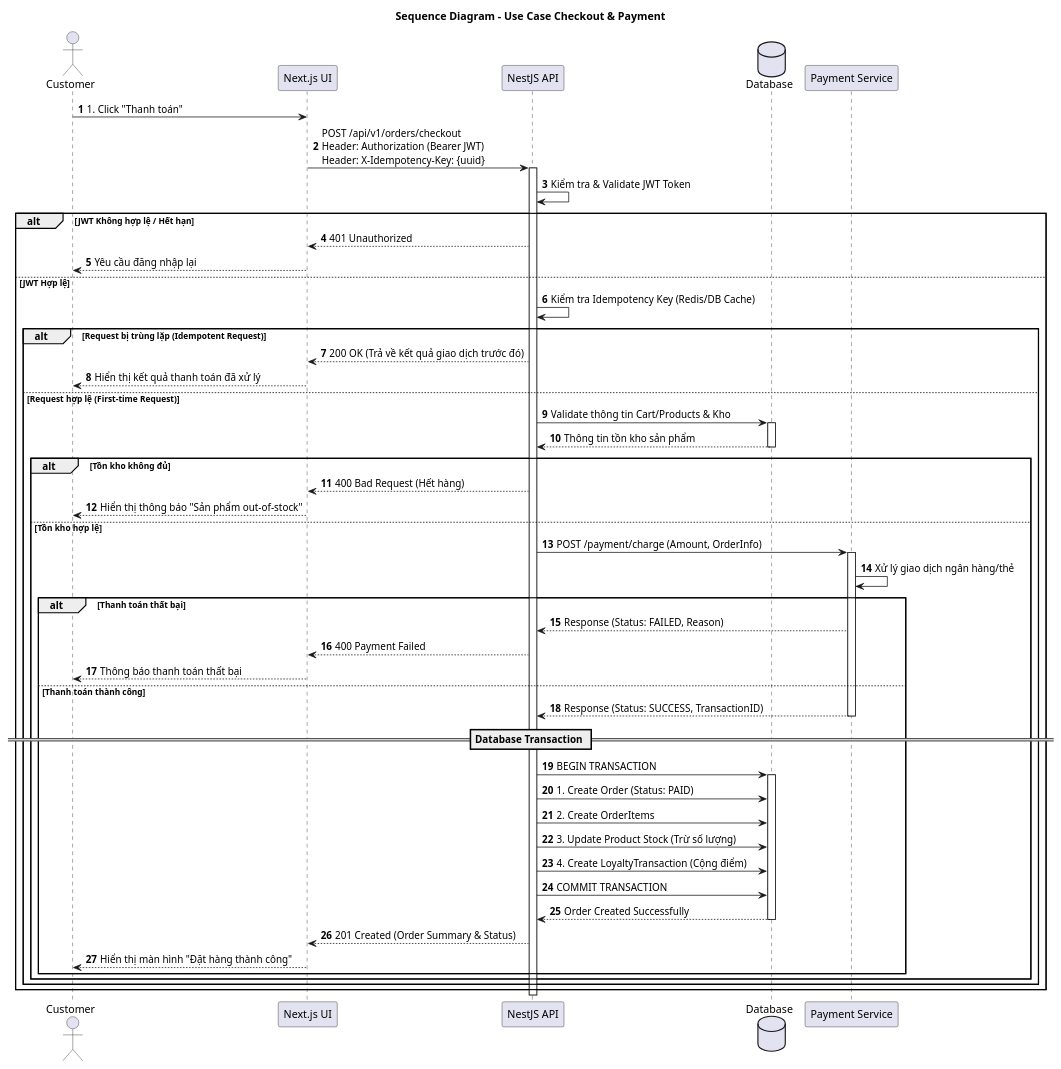
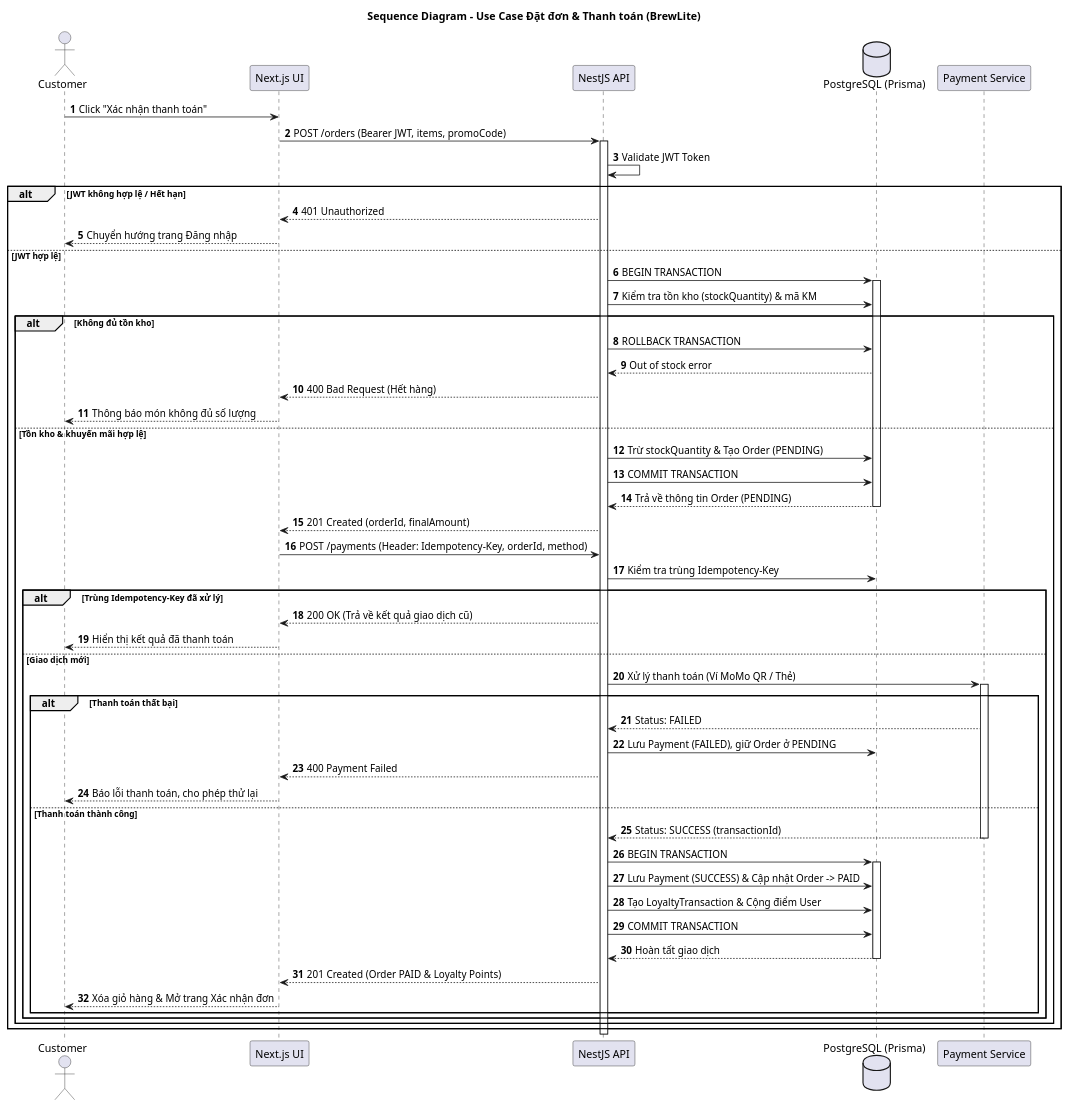
Before and after one commit to DjCurse/BrewLite-2: the diagram in docs/diagrams/sequence-checkout.puml, drawn with PlantUML. The commit also changed 21 other files, not shown here.

Commit message:
Update nội dung diagram

```diff
--- a/docs/diagrams/sequence-checkout.puml
+++ b/docs/diagrams/sequence-checkout.puml
@@ -1,66 +1,66 @@
 @startuml sequence-checkout
-title Sequence Diagram - Use Case Checkout & Payment
+title Sequence Diagram - Use Case Đặt đơn & Thanh toán (BrewLite)
 skinparam backgroundColor white
 actor Customer
 participant "Next.js UI" as UI
 participant "NestJS API" as API
-database "Database" as DB
+database "PostgreSQL (Prisma)" as DB
 participant "Payment Service" as Payment
 
 autonumber
 
-Customer -> UI: 1. Click "Thanh toán"
-UI -> API: POST /api/v1/orders/checkout\nHeader: Authorization (Bearer JWT)\nHeader: X-Idempotency-Key: {uuid}
+Customer -> UI: Click "Xác nhận thanh toán"
+UI -> API: POST /orders (Bearer JWT, items, promoCode)
 
 activate API
-API -> API: Kiểm tra & Validate JWT Token
-alt JWT Không hợp lệ / Hết hạn
+API -> API: Validate JWT Token
+alt JWT không hợp lệ / Hết hạn
     API --> UI: 401 Unauthorized
-    UI --> Customer: Yêu cầu đăng nhập lại
-else JWT Hợp lệ
-    API -> API: Kiểm tra Idempotency Key (Redis/DB Cache)
-    alt Request bị trùng lặp (Idempotent Request)
-        API --> UI: 200 OK (Trả về kết quả giao dịch trước đó)
-        UI --> Customer: Hiển thị kết quả thanh toán đã xử lý
-    else Request hợp lệ (First-time Request)
-        API -> DB: Validate thông tin Cart/Products & Kho
-        activate DB
-        DB --> API: Thông tin tồn kho sản phẩm
+    UI --> Customer: Chuyển hướng trang Đăng nhập
+else JWT hợp lệ
+    API -> DB: BEGIN TRANSACTION
+    activate DB
+    API -> DB: Kiểm tra tồn kho (stockQuantity) & mã KM
+    alt Không đủ tồn kho
+        API -> DB: ROLLBACK TRANSACTION
+        DB --> API: Out of stock error
+        API --> UI: 400 Bad Request (Hết hàng)
+        UI --> Customer: Thông báo món không đủ số lượng
+    else Tồn kho & khuyến mãi hợp lệ
+        API -> DB: Trừ stockQuantity & Tạo Order (PENDING)
+        API -> DB: COMMIT TRANSACTION
+        DB --> API: Trả về thông tin Order (PENDING)
         deactivate DB
+        API --> UI: 201 Created (orderId, finalAmount)
 
-        alt Tồn kho không đủ
-            API --> UI: 400 Bad Request (Hết hàng)
-            UI --> Customer: Hiển thị thông báo "Sản phẩm out-of-stock"
-        else Tồn kho hợp lệ
-            API -> Payment: POST /payment/charge (Amount, OrderInfo)
+        UI -> API: POST /payments (Header: Idempotency-Key, orderId, method)
+        API -> DB: Kiểm tra trùng Idempotency-Key
+        alt Trùng Idempotency-Key đã xử lý
+            API --> UI: 200 OK (Trả về kết quả giao dịch cũ)
+            UI --> Customer: Hiển thị kết quả đã thanh toán
+        else Giao dịch mới
+            API -> Payment: Xử lý thanh toán (Ví MoMo QR / Thẻ)
             activate Payment
-            Payment -> Payment: Xử lý giao dịch ngân hàng/thẻ
-            
             alt Thanh toán thất bại
-                Payment --> API: Response (Status: FAILED, Reason)
+                Payment --> API: Status: FAILED
+                API -> DB: Lưu Payment (FAILED), giữ Order ở PENDING
                 API --> UI: 400 Payment Failed
-                UI --> Customer: Thông báo thanh toán thất bại
+                UI --> Customer: Báo lỗi thanh toán, cho phép thử lại
             else Thanh toán thành công
-                Payment --> API: Response (Status: SUCCESS, TransactionID)
+                Payment --> API: Status: SUCCESS (transactionId)
                 deactivate Payment
-                
-                == Database Transaction ==
                 API -> DB: BEGIN TRANSACTION
                 activate DB
-                API -> DB: 1. Create Order (Status: PAID)
-                API -> DB: 2. Create OrderItems
-                API -> DB: 3. Update Product Stock (Trừ số lượng)
-                API -> DB: 4. Create LoyaltyTransaction (Cộng điểm)
+                API -> DB: Lưu Payment (SUCCESS) & Cập nhật Order -> PAID
+                API -> DB: Tạo LoyaltyTransaction & Cộng điểm User
                 API -> DB: COMMIT TRANSACTION
-                DB --> API: Order Created Successfully
+                DB --> API: Hoàn tất giao dịch
                 deactivate DB
-                
-                API --> UI: 201 Created (Order Summary & Status)
-                UI --> Customer: Hiển thị màn hình "Đặt hàng thành công"
+                API --> UI: 201 Created (Order PAID & Loyalty Points)
+                UI --> Customer: Xóa giỏ hàng & Mở trang Xác nhận đơn
             end
         end
     end
 end
 deactivate API
-
 @enduml
```
